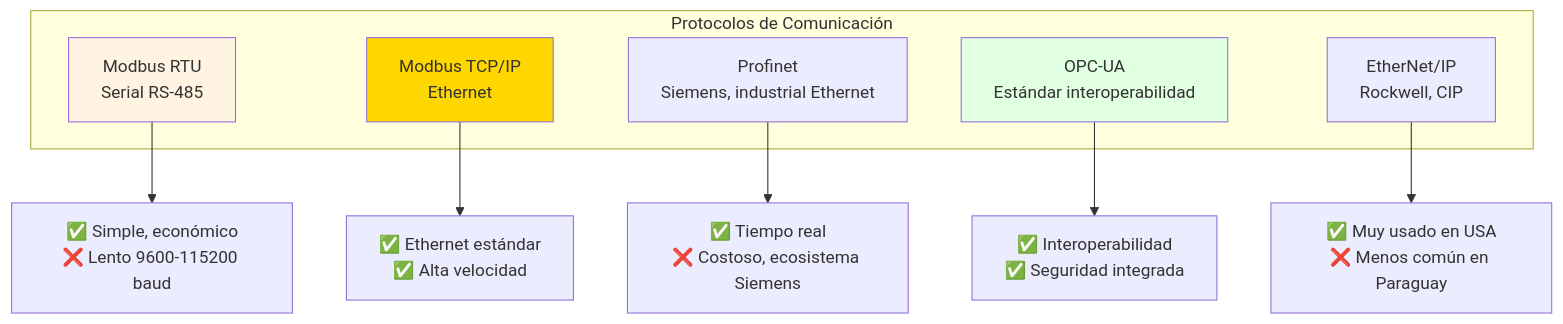
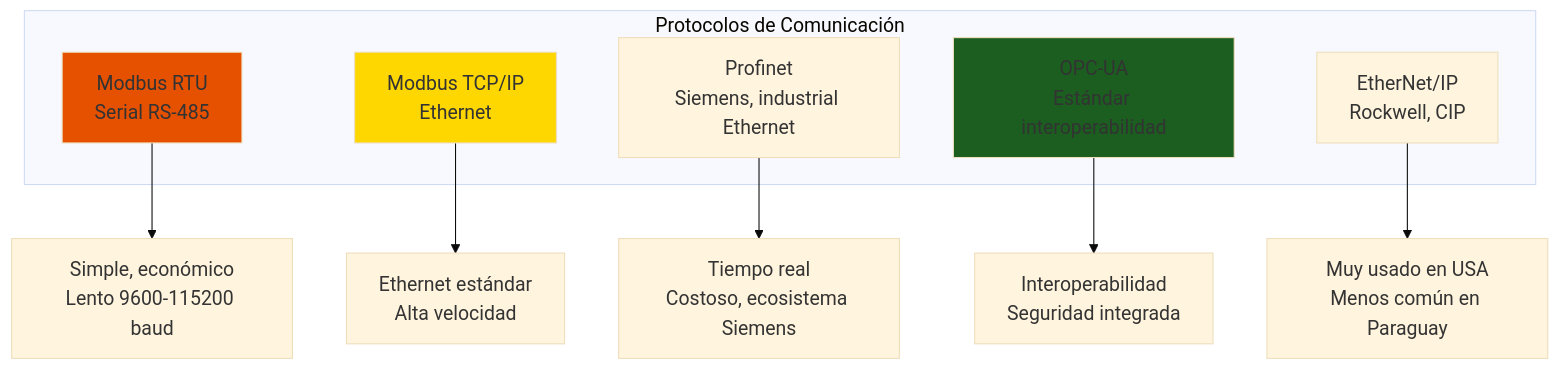
One commit to Ai-Whisperers/Courses-Content changed the tenth of 12 diagrams in courses/🟡-development/FPUNA-2026/02-ELECTRONICA-AUTOMATIZACION/04-automatizacion-industrial.md. Above: the diagram before and after it, drawn with Mermaid. The commit also changed other lines of this file and 47 other files, not shown here.

First line of the commit message:
fix: Make all 473 diagrams WCAG AAA accessible (FPUNA-2026)

````diff
--- a/courses/🟡-development/FPUNA-2026/02-ELECTRONICA-AUTOMATIZACION/04-automatizacion-industrial.md
+++ b/courses/🟡-development/FPUNA-2026/02-ELECTRONICA-AUTOMATIZACION/04-automatizacion-industrial.md
@@ -617,20 +626,21 @@
 ```mermaid
+%%{init: {'theme':'base', 'themeVariables': {'fontSize':'18px'}}}%%
 graph TD
     subgraph "Protocolos de Comunicación"
         A[Modbus RTU<br/>Serial RS-485]
         B[Modbus TCP/IP<br/>Ethernet]
         C[Profinet<br/>Siemens, industrial Ethernet]
         D[OPC-UA<br/>Estándar interoperabilidad]
         E[EtherNet/IP<br/>Rockwell, CIP]
     end
     
-    A --> A1[✅ Simple, económico<br/>❌ Lento 9600-115200 baud]
-    B --> B1[✅ Ethernet estándar<br/>✅ Alta velocidad]
-    C --> C1[✅ Tiempo real<br/>❌ Costoso, ecosistema Siemens]
-    D --> D1[✅ Interoperabilidad<br/>✅ Seguridad integrada]
-    E --> E1[✅ Muy usado en USA<br/>❌ Menos común en Paraguay]
+    A --> A1[Simple, económico<br/>Lento 9600-115200 baud]
+    B --> B1[Ethernet estándar<br/>Alta velocidad]
+    C --> C1[Tiempo real<br/>Costoso, ecosistema Siemens]
+    D --> D1[Interoperabilidad<br/>Seguridad integrada]
+    E --> E1[Muy usado en USA<br/>Menos común en Paraguay]
     
-    style A fill:#FFF4E1
+    style A fill:#e65100
     style B fill:#FFD700
-    style D fill:#E1FFE1
+    style D fill:#1b5e20
 ```
````
